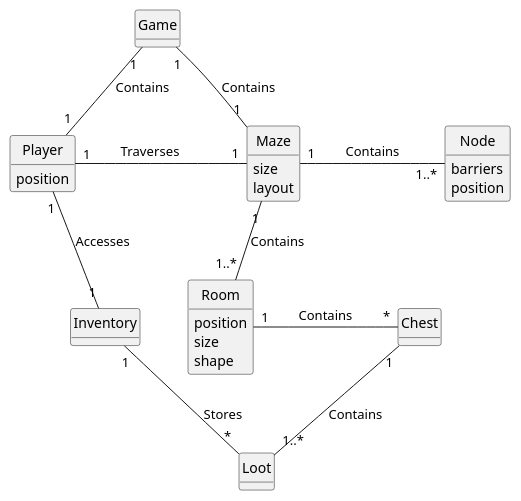
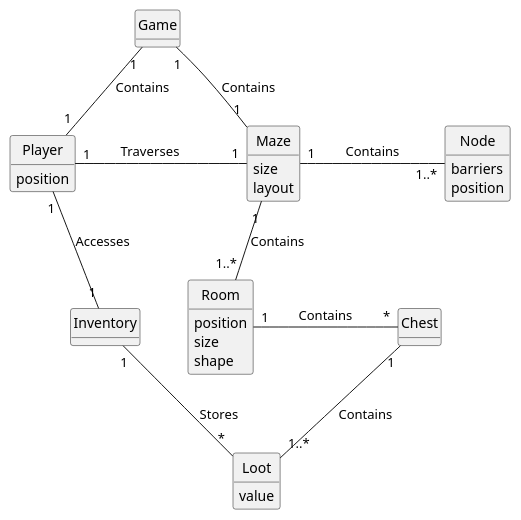
Before and after one commit to codelazarus14/team-1b-java-app: the first of 3 diagrams in doc/design.md, drawn with PlantUML.

Commit message:
Update design.md with small tweak to domain model

````diff
--- a/doc/design.md
+++ b/doc/design.md
@@ -3,43 +3,44 @@
 ```plantuml
 @startuml
 hide circle
 hide empty methods
 
 'classes
 class Player{
     position
 }
 class Maze{
     size
     layout
 }
 class Node{
     barriers
     position
 }
 class Room{
     position
     size
     shape
 }
 class Inventory{
 }
 class Loot{
+    value
 }
 class Chest{
 }
 class Game{
 }
 
 'associations 
 Game "1" -- "1" Player : Contains\t\t
 Game "1" -- "1" Maze : Contains
 Player "1" - "1" Maze : \tTraverses\t\t
 Maze "1" -- "1..*" Room : Contains
 Maze "1" - "1..*" Node : \tContains\t\t
 Player "1" -- "1" Inventory : Accesses\t\t
 Inventory "1" -- "*" Loot : Stores\t
 Chest "1" -- "1..*" Loot : Contains\t\t
 Room "1" - "*" Chest : \tContains\t\t
 @enduml
 ```
````
